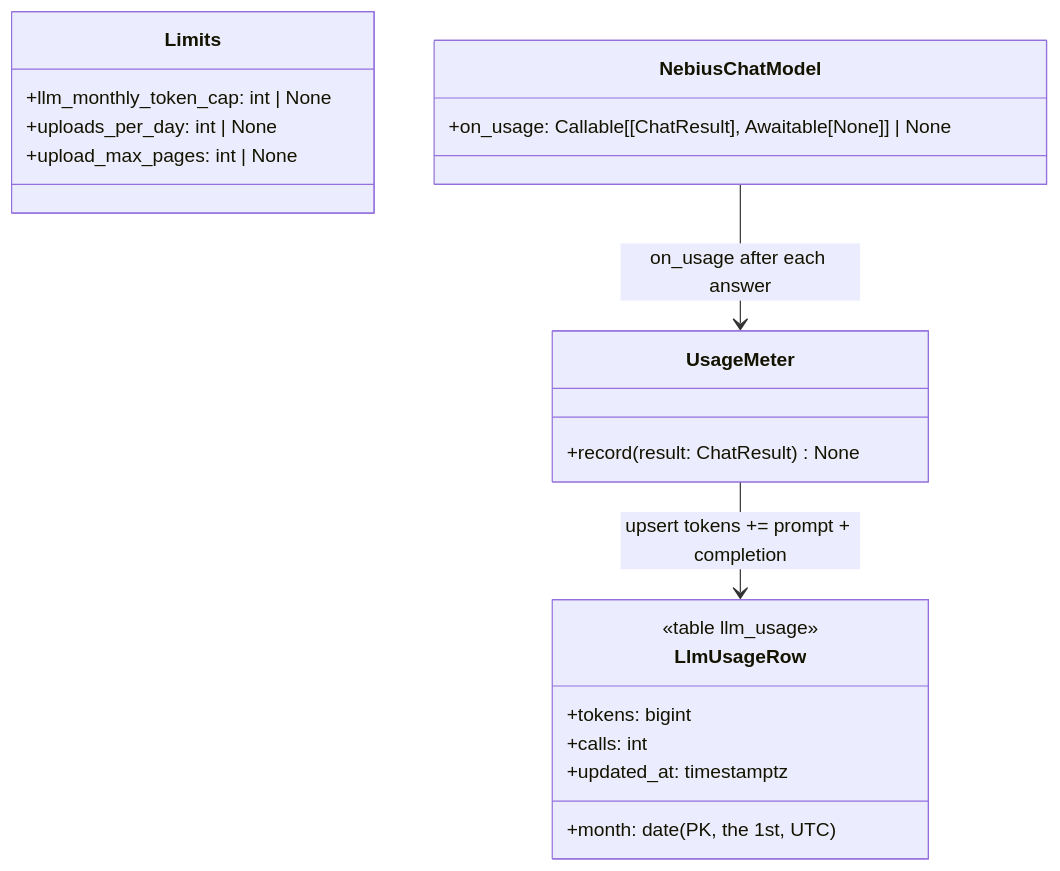
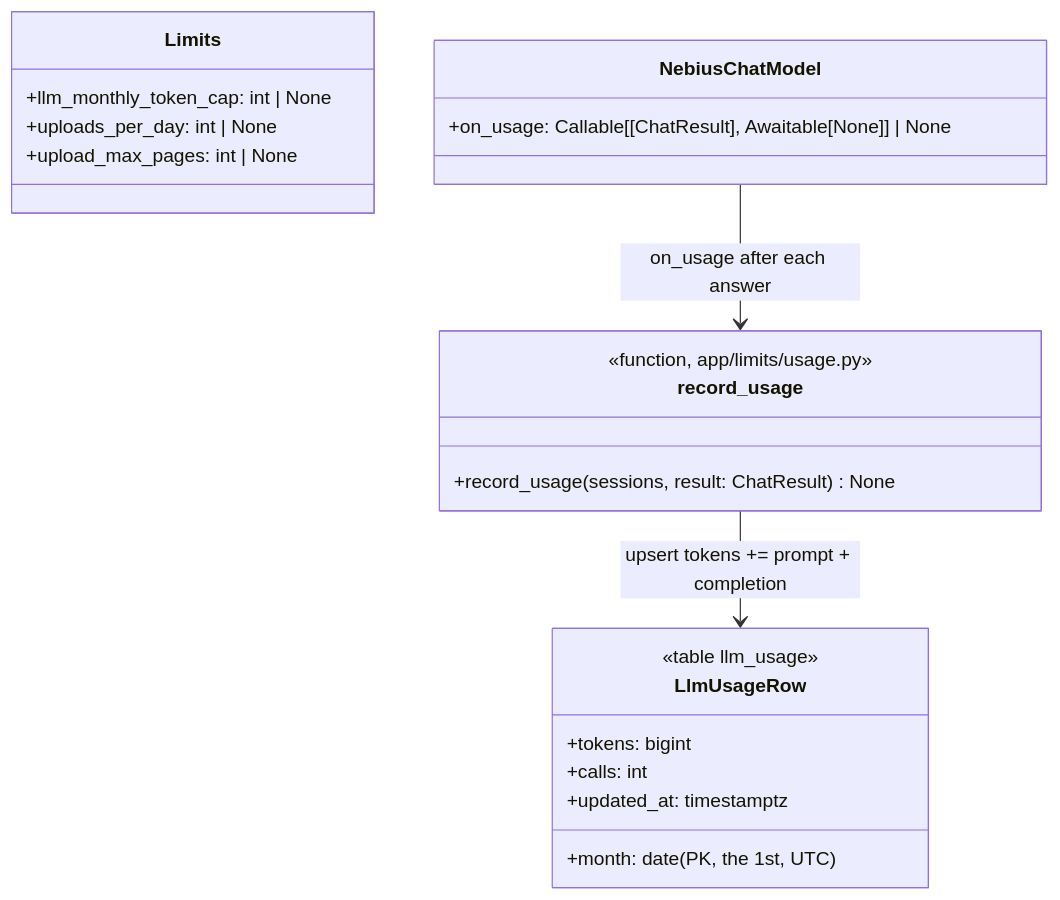
One commit to Katlego-tech/Panelwise changed the first of 2 diagrams in docs/design/limits.md. Above: the diagram before and after it, drawn with Mermaid. The commit also changed other lines of this file, not shown here.

Commit message:
docs(limits): T069 review: empty answers are counted; names match the code (budget_spent, record_usage); the host restarts

````diff
--- a/docs/design/limits.md
+++ b/docs/design/limits.md
@@ -42,23 +42,24 @@
 ```mermaid
 classDiagram
     class Limits {
         +llm_monthly_token_cap: int | None
         +uploads_per_day: int | None
         +upload_max_pages: int | None
     }
     class LlmUsageRow {
         <<table llm_usage>>
         +month: date  (PK, the 1st, UTC)
         +tokens: bigint
         +calls: int
         +updated_at: timestamptz
     }
-    class UsageMeter {
-        +record(result: ChatResult) None
+    class record_usage {
+        <<function, app/limits/usage.py>>
+        +record_usage(sessions, result: ChatResult) None
     }
     class NebiusChatModel {
         +on_usage: Callable[[ChatResult], Awaitable[None]] | None
     }
-    NebiusChatModel --> UsageMeter : on_usage after each answer
-    UsageMeter --> LlmUsageRow : upsert tokens += prompt + completion
+    NebiusChatModel --> record_usage : on_usage after each answer
+    record_usage --> LlmUsageRow : upsert tokens += prompt + completion
 ```
````
